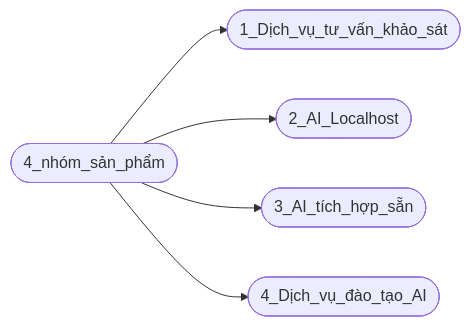
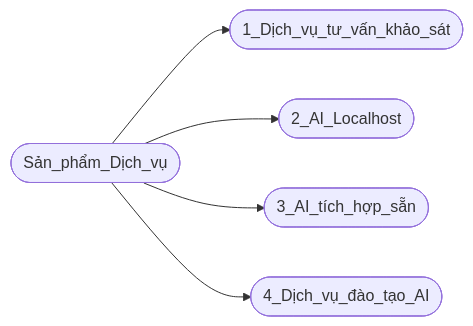
The second of 4 diagrams in README.md (hoanglong8/FoxAI-Data-Analyst), drawn with Mermaid before and after one commit. The commit also changed other lines of this file, not shown here.

````diff
--- a/README.md
+++ b/README.md
@@ -27,7 +27,7 @@
 ```mermaid
 flowchart LR
-    id1([4_nhóm_sản_phẩm]) --> id2([1_Dịch_vụ_tư_vấn_khảo_sát])
-    id1([4_nhóm_sản_phẩm]) --> id3([2_AI_Localhost])
-    id1([4_nhóm_sản_phẩm]) --> id4([3_AI_tích_hợp_sẵn])
-    id1([4_nhóm_sản_phẩm]) --> id5([4_Dịch_vụ_đào_tạo_AI])
+    id1([Sản_phẩm_Dịch_vụ]) --> id2([1_Dịch_vụ_tư_vấn_khảo_sát])
+    id1([Sản_phẩm_Dịch_vụ]) --> id3([2_AI_Localhost])
+    id1([Sản_phẩm_Dịch_vụ]) --> id4([3_AI_tích_hợp_sẵn])
+    id1([Sản_phẩm_Dịch_vụ]) --> id5([4_Dịch_vụ_đào_tạo_AI])
 ```
````
